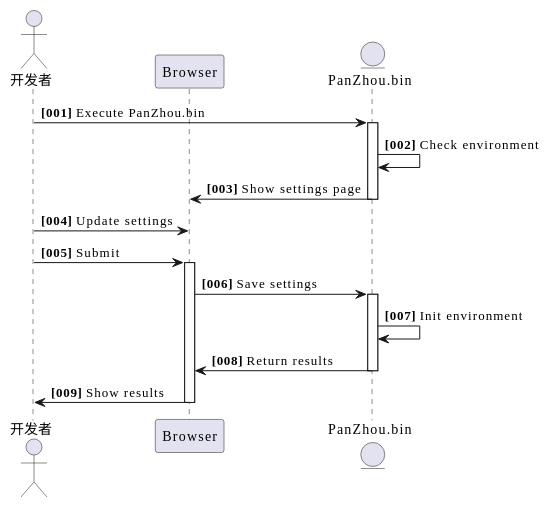
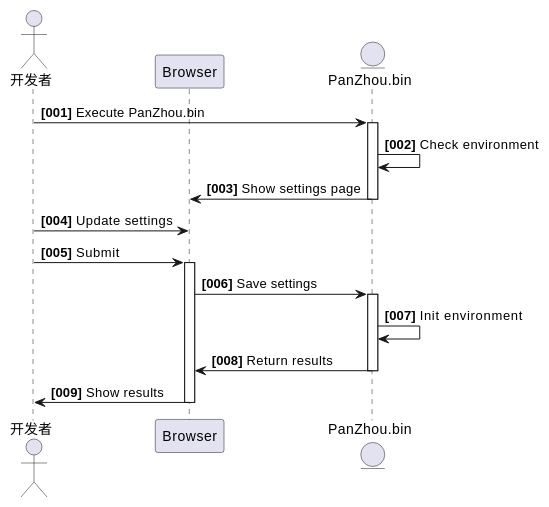
Before and after one commit to crazydan-studio/duzhou.crazydan.io: the third of 3 diagrams in docs/100.development/100.design/150.arch.md, drawn with PlantUML.

````diff
--- a/docs/100.development/100.design/150.arch.md
+++ b/docs/100.development/100.design/150.arch.md
@@ -167,27 +167,25 @@
 ```plantuml
-skinparam defaultFontName "Noto Sans Serif"
-
 autonumber "<b>[000]"
 
 actor "开发者" as user
 participant "Browser" as browser
 entity "PanZhou.bin" as starter
 
 user -> starter: Execute PanZhou.bin
 activate starter
   starter -> starter: Check environment
   starter -> browser: Show settings page
 deactivate starter
 
 user -> browser: Update settings
 user -> browser: Submit
 activate browser
   browser -> starter: Save settings
   activate starter
     starter -> starter: Init environment
     starter -> browser: Return results
   deactivate starter
 
   browser -> user: Show results
 deactivate browser
 ```
````
